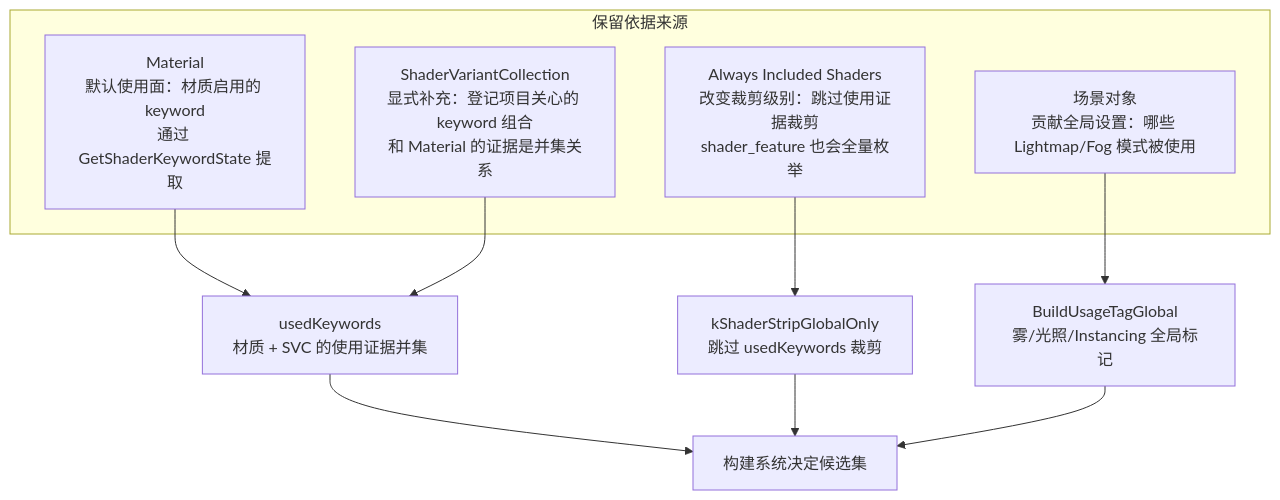
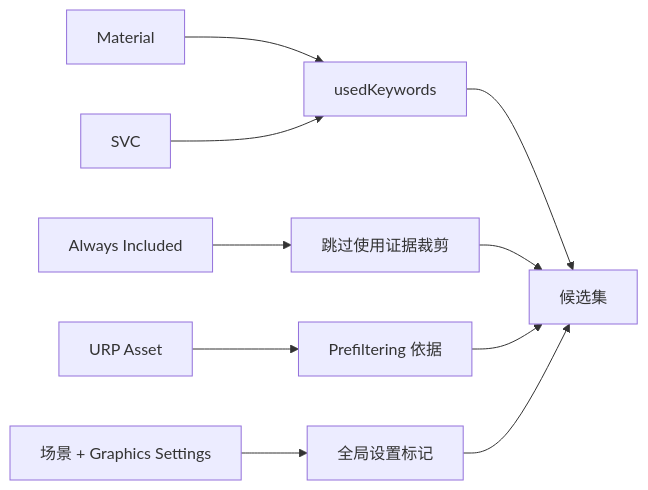
One commit to TwoEggDu/twoegg-tech-stack changed the second of 4 diagrams in content/engine-notes/unity-shader-variant-full-lifecycle-overview.md. Above: the diagram before and after it, drawn with Mermaid. The commit also changed other lines of this file, not shown here.

First line of the commit message:
Optimize lifecycle overview: compact diagrams + expand role table to 6 actors

````diff
--- a/content/engine-notes/unity-shader-variant-full-lifecycle-overview.md
+++ b/content/engine-notes/unity-shader-variant-full-lifecycle-overview.md
@@ -98,13 +88,8 @@
 ```mermaid
-flowchart TD
-    subgraph 保留依据来源
-        M["Material\n默认使用面：材质启用的 keyword\n通过 GetShaderKeywordState 提取"]
-        S["ShaderVariantCollection\n显式补充：登记项目关心的 keyword 组合\n和 Material 的证据是并集关系"]
-        AI["Always Included Shaders\n改变裁剪级别：跳过使用证据裁剪\nshader_feature 也会全量枚举"]
-        SC["场景对象\n贡献全局设置：哪些 Lightmap/Fog 模式被使用"]
-    end
-    M & S --> U["usedKeywords\n材质 + SVC 的使用证据并集"]
-    AI --> SK["kShaderStripGlobalOnly\n跳过 usedKeywords 裁剪"]
-    SC --> G["BuildUsageTagGlobal\n雾/光照/Instancing 全局标记"]
-    U & SK & G --> C["构建系统决定候选集"]
+flowchart LR
+    M["Material"] & S["SVC"] --> U["usedKeywords"]
+    AI["Always Included"] --> SK["跳过使用证据裁剪"]
+    URP["URP Asset"] --> PF["Prefiltering 依据"]
+    SC["场景 + Graphics Settings"] --> G["全局设置标记"]
+    U & SK & PF & G --> C["候选集"]
 ```
````
